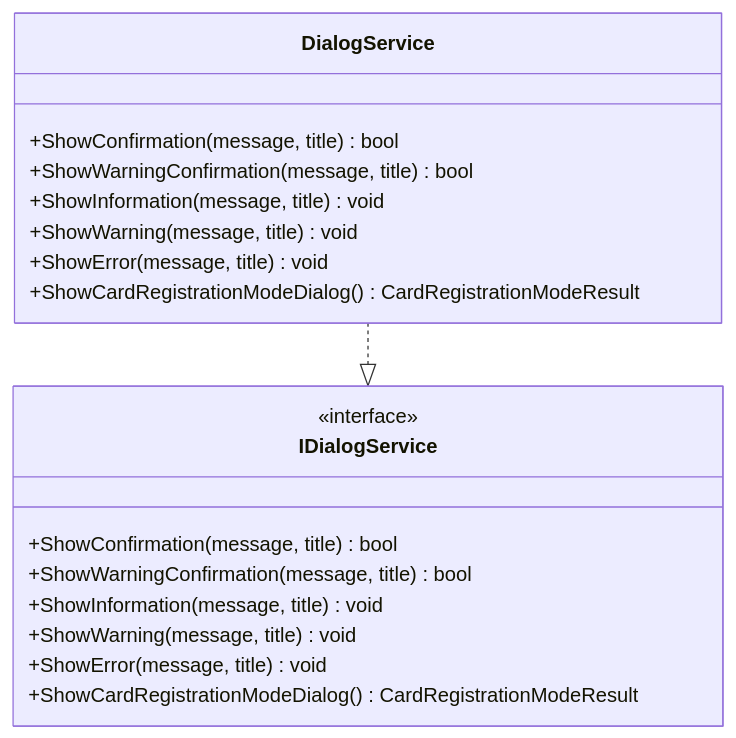
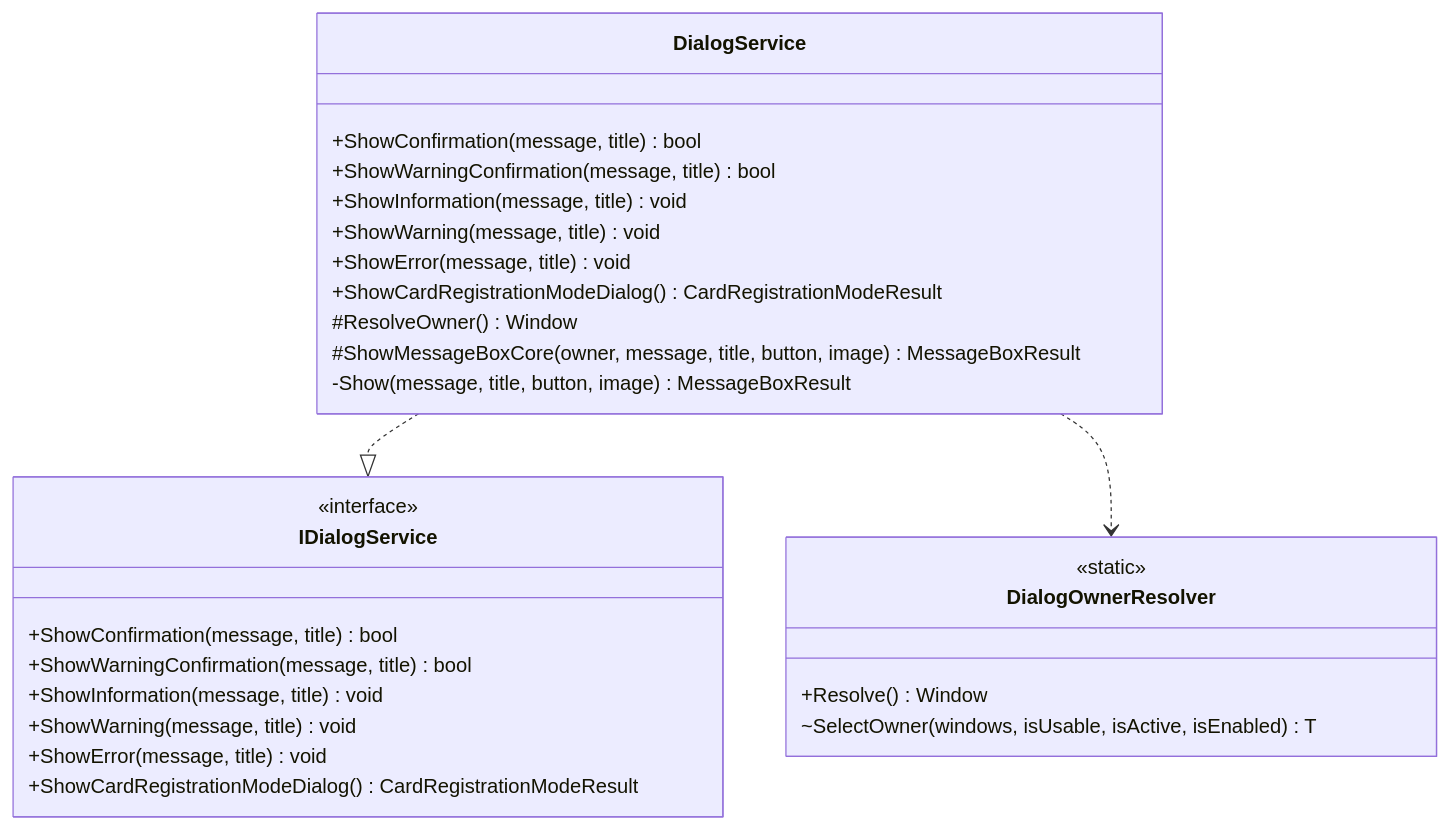
One commit to kuwayamamasayuki/ICCardManager changed diagram 28 of 51 in ICCardManager/docs/design/05_クラス設計書.md. Above: the diagram before and after it, drawn with Mermaid. The commit also changed other lines of this file and 8 other files, not shown here.

First line of the commit message:
fix: MessageBox にオーナーを渡し、背後のボタンを押せなくする (#1794)

````diff
--- a/ICCardManager/docs/design/05_クラス設計書.md
+++ b/ICCardManager/docs/design/05_クラス設計書.md
@@ -1647,23 +1647,33 @@
 ```mermaid
 classDiagram
     class IDialogService {
         <<interface>>
         +ShowConfirmation(message, title) bool
         +ShowWarningConfirmation(message, title) bool
         +ShowInformation(message, title) void
         +ShowWarning(message, title) void
         +ShowError(message, title) void
         +ShowCardRegistrationModeDialog() CardRegistrationModeResult
     }
 
     class DialogService {
         +ShowConfirmation(message, title) bool
         +ShowWarningConfirmation(message, title) bool
         +ShowInformation(message, title) void
         +ShowWarning(message, title) void
         +ShowError(message, title) void
         +ShowCardRegistrationModeDialog() CardRegistrationModeResult
+        #ResolveOwner() Window
+        #ShowMessageBoxCore(owner, message, title, button, image) MessageBoxResult
+        -Show(message, title, button, image) MessageBoxResult
+    }
+
+    class DialogOwnerResolver {
+        <<static>>
+        +Resolve() Window
+        ~SelectOwner(windows, isUsable, isActive, isEnabled) T
     }
 
     DialogService ..|> IDialogService
+    DialogService ..> DialogOwnerResolver
 ```
````
